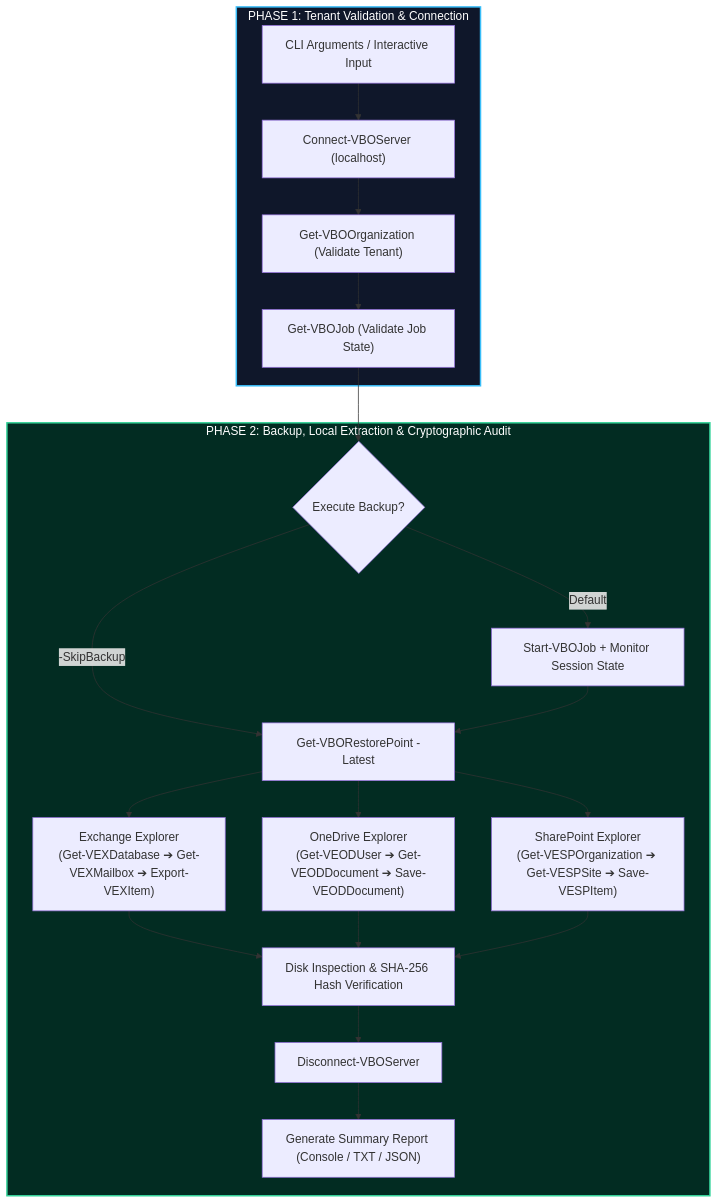
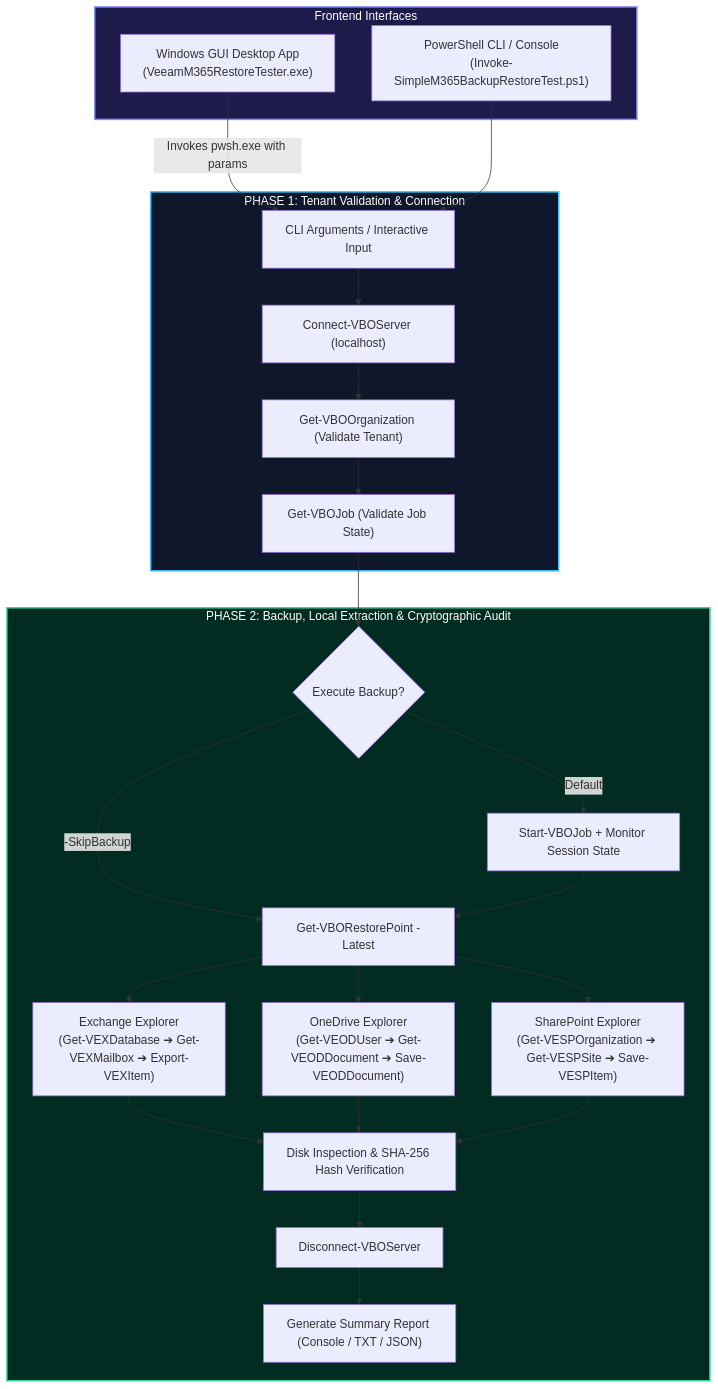
The diagram in README.md (israk101/veeam-m365-export-automation), drawn with Mermaid before and after one commit. The commit also changed other lines of this file and 2 other files, not shown here.

Commit message:
Add VeeamM365RestoreTester.exe standalone Windows GUI app and update README

````diff
--- a/README.md
+++ b/README.md
@@ -88,29 +91,37 @@
 ```mermaid
 flowchart TD
+    subgraph FRONTEND["Frontend Interfaces"]
+        GUI["Windows GUI Desktop App\n(VeeamM365RestoreTester.exe)"]
+        CLI["PowerShell CLI / Console\n(Invoke-SimpleM365BackupRestoreTest.ps1)"]
+    end
+
     subgraph PHASE_1["PHASE 1: Tenant Validation & Connection"]
-        A["CLI Arguments / Interactive Input"] --> B["Connect-VBOServer (localhost)"]
+        GUI -- "Invokes pwsh.exe with params" --> A["CLI Arguments / Interactive Input"]
+        CLI --> A
+        A --> B["Connect-VBOServer (localhost)"]
         B --> C["Get-VBOOrganization (Validate Tenant)"]
         C --> D["Get-VBOJob (Validate Job State)"]
     end
 
     subgraph PHASE_2["PHASE 2: Backup, Local Extraction & Cryptographic Audit"]
         D --> E{"Execute Backup?"}
         E -- "Default" --> F["Start-VBOJob + Monitor Session State"]
         E -- "-SkipBackup" --> G["Get-VBORestorePoint -Latest"]
         F --> G
 
         G --> H1["Exchange Explorer\n(Get-VEXDatabase ➔ Get-VEXMailbox ➔ Export-VEXItem)"]
         G --> H2["OneDrive Explorer\n(Get-VEODUser ➔ Get-VEODDocument ➔ Save-VEODDocument)"]
         G --> H3["SharePoint Explorer\n(Get-VESPOrganization ➔ Get-VESPSite ➔ Save-VESPItem)"]
 
         H1 --> I["Disk Inspection & SHA-256 Hash Verification"]
         H2 --> I
         H3 --> I
         
         I --> J["Disconnect-VBOServer"]
         J --> K["Generate Summary Report (Console / TXT / JSON)"]
     end
 
+    style FRONTEND fill:#1e1b4b,stroke:#818cf8,stroke-width:2px,color:#fff
     style PHASE_1 fill:#0f172a,stroke:#38bdf8,stroke-width:2px,color:#fff
     style PHASE_2 fill:#022c22,stroke:#34d399,stroke-width:2px,color:#fff
 ```
````
